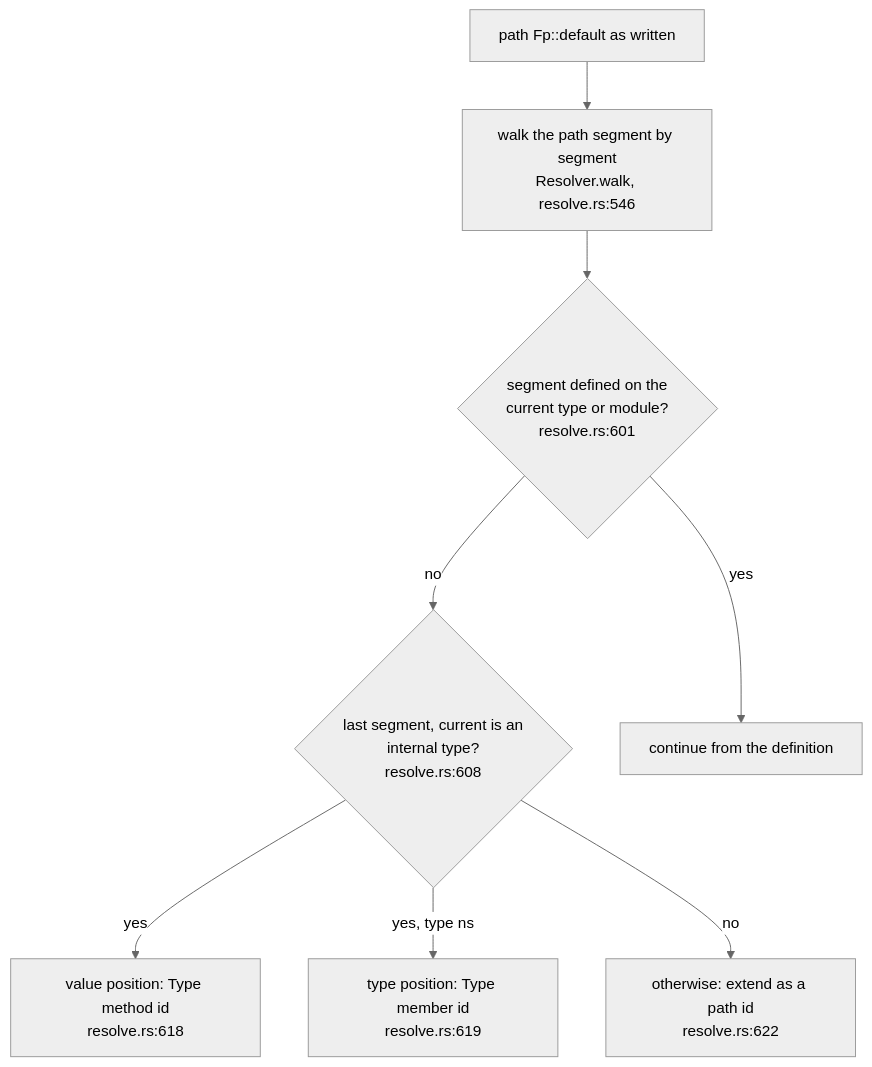
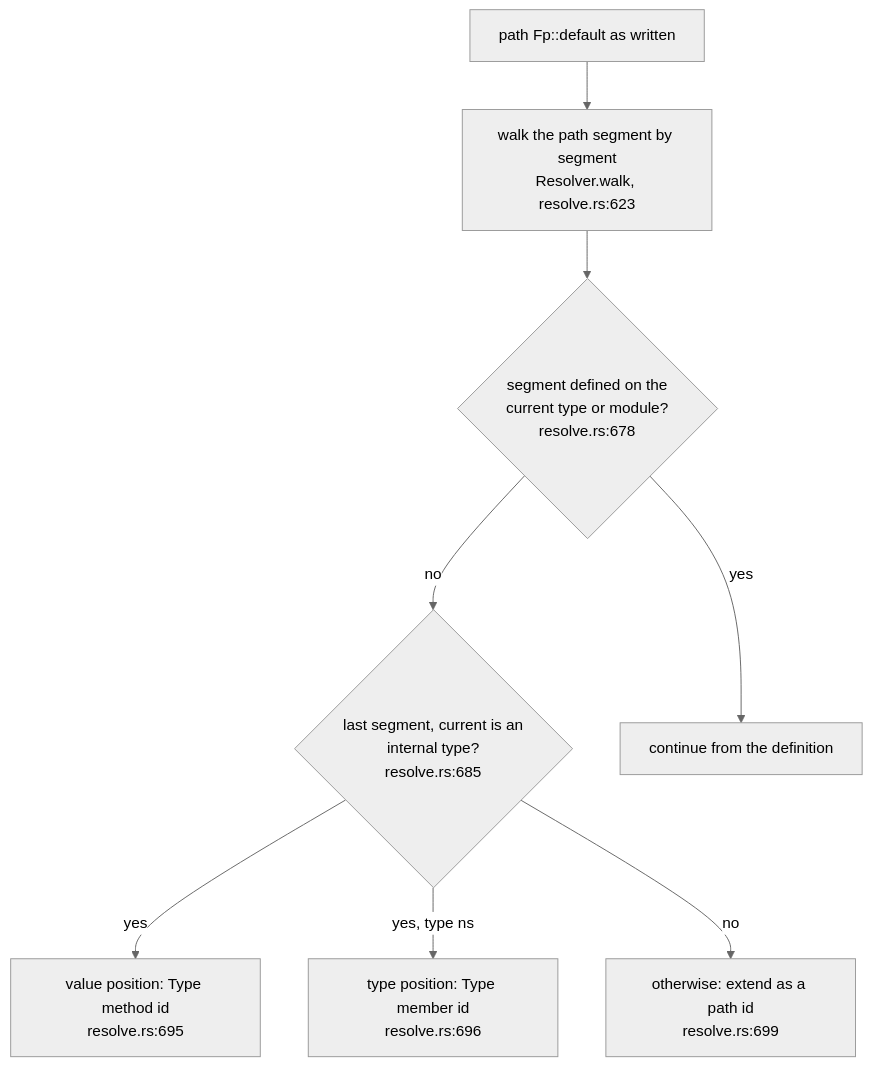
Before and after one commit to DreamLab-AI/codemaid: the fifth of 5 diagrams in docs/diagrams/extract/02-minting-ids-for-definitions.md, drawn with Mermaid (neutral theme). The commit also changed other lines of this file and 8 other files, not shown here.

First line of the commit message:
docs(diagrams): restamp the extract topics to fec7aff; record the generics fix

````diff
--- a/docs/diagrams/extract/02-minting-ids-for-definitions.md
+++ b/docs/diagrams/extract/02-minting-ids-for-definitions.md
@@ -185,17 +185,17 @@
 ```mermaid
 flowchart TB
     P["path Fp::default as written"]
-    WK["walk the path segment by segment<br/>Resolver.walk, resolve.rs:546"]
-    KN{"segment defined on the<br/>current type or module?<br/>resolve.rs:601"}
-    LAST{"last segment, current is an<br/>internal type?<br/>resolve.rs:608"}
-    VAL["value position: Type method id<br/>resolve.rs:618"]
-    TY["type position: Type member id<br/>resolve.rs:619"]
-    EP["otherwise: extend as a path id<br/>resolve.rs:622"]
+    WK["walk the path segment by segment<br/>Resolver.walk, resolve.rs:623"]
+    KN{"segment defined on the<br/>current type or module?<br/>resolve.rs:678"}
+    LAST{"last segment, current is an<br/>internal type?<br/>resolve.rs:685"}
+    VAL["value position: Type method id<br/>resolve.rs:695"]
+    TY["type position: Type member id<br/>resolve.rs:696"]
+    EP["otherwise: extend as a path id<br/>resolve.rs:699"]
     NEXT["continue from the definition"]
     P --> WK --> KN
     KN -->|yes| NEXT
     KN -->|no| LAST
     LAST -->|yes| VAL
     LAST -->|yes, type ns| TY
     LAST -->|no| EP
 ```
````
